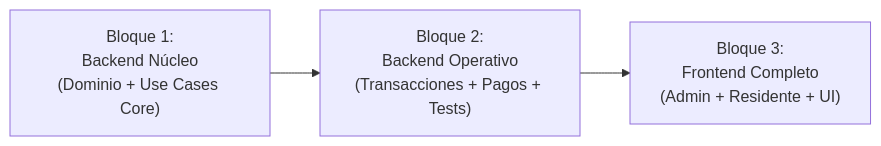
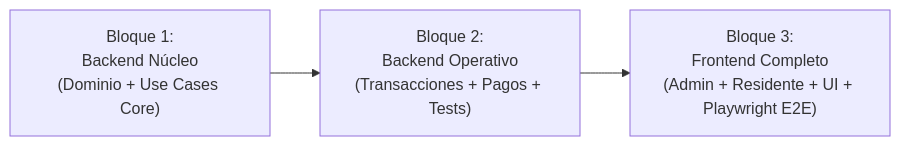
Before and after one commit to miguee20/Nexia: the diagram in PROMPT_ARCHITECTURE.md, drawn with Mermaid. The commit also changed other lines of this file and 9 other files, not shown here.

````diff
--- a/PROMPT_ARCHITECTURE.md
+++ b/PROMPT_ARCHITECTURE.md
@@ -21,5 +21,5 @@
 ```mermaid
 flowchart LR
     B1["Bloque 1:\nBackend Núcleo\n(Dominio + Use Cases Core)"] --> B2["Bloque 2:\nBackend Operativo\n(Transacciones + Pagos + Tests)"]
-    B2 --> B3["Bloque 3:\nFrontend Completo\n(Admin + Residente + UI)"]
+    B2 --> B3["Bloque 3:\nFrontend Completo\n(Admin + Residente + UI + Playwright E2E)"]
 ```
````
